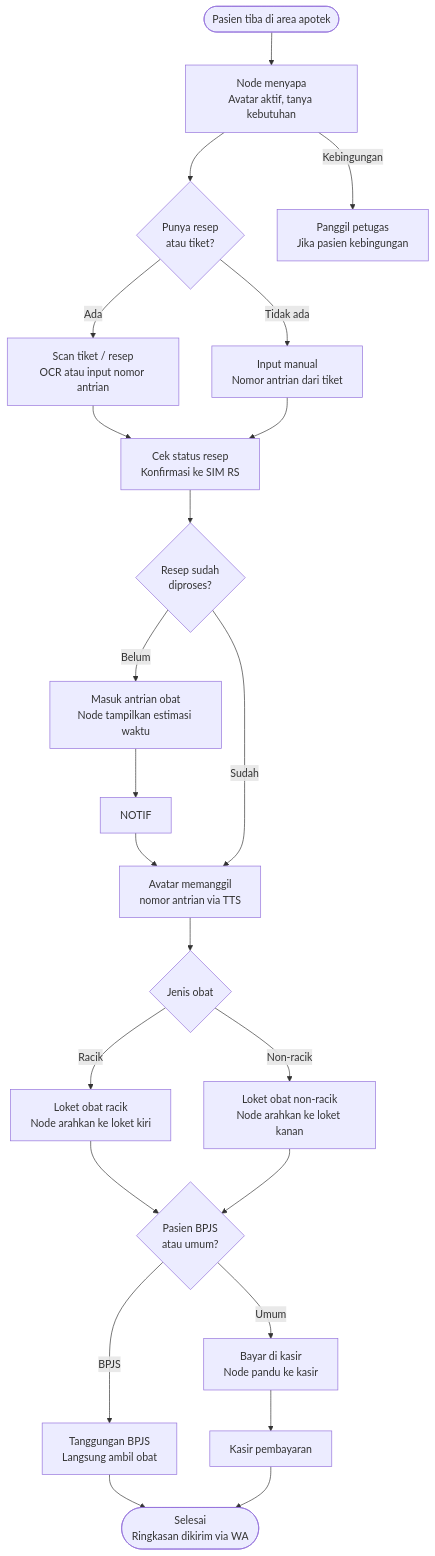
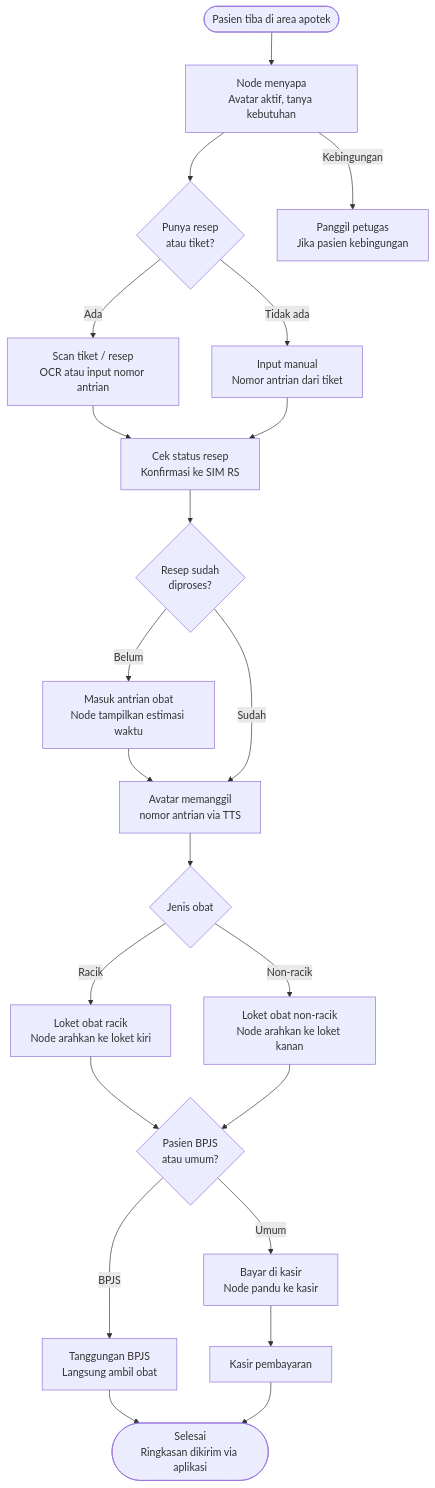
Before and after one commit to Maaulln/RSI: the first of 3 diagrams in Notes/PRD.md, drawn with Mermaid. The commit also changed other lines of this file, not shown here.

````diff
--- a/Notes/PRD.md
+++ b/Notes/PRD.md
@@ -299,37 +333,37 @@
 ```mermaid
 flowchart TD
     START(["Pasien tiba di area apotek"])
     NAV["Node menyapa\nAvatar aktif, tanya kebutuhan"]
     Q1{"Punya resep\natau tiket?"}
     SCAN["Scan tiket / resep\nOCR atau input nomor antrian"]
     MANUAL["Input manual\nNomor antrian dari tiket"]
     CHECK["Cek status resep\nKonfirmasi ke SIM RS"]
     Q2{"Resep sudah\ndiproses?"}
     WAIT["Masuk antrian obat\nNode tampilkan estimasi waktu"]
     CALL["Avatar memanggil\nnomor antrian via TTS"]
     Q3{"Jenis obat"}
     RACIK["Loket obat racik\nNode arahkan ke loket kiri"]
     NONRACIK["Loket obat non-racik\nNode arahkan ke loket kanan"]
     Q4{"Pasien BPJS\natau umum?"}
     BPJS["Tanggungan BPJS\nLangsung ambil obat"]
     UMUM["Bayar di kasir\nNode pandu ke kasir"]
     KASIR["Kasir pembayaran"]
-    DONE(["Selesai\nRingkasan dikirim via WA"])
+    DONE(["Selesai\nRingkasan dikirim via aplikasi"])
     HELP["Panggil petugas\nJika pasien kebingungan"]
 
     START --> NAV
     NAV --> Q1
     Q1 -- Ada --> SCAN
     Q1 -- Tidak ada --> MANUAL
     SCAN & MANUAL --> CHECK
     CHECK --> Q2
-    Q2 -- Belum --> WAIT --> NOTIF --> CALL
+    Q2 -- Belum --> WAIT --> CALL
     Q2 -- Sudah --> CALL
     CALL --> Q3
     Q3 -- Racik --> RACIK
     Q3 -- Non-racik --> NONRACIK
     RACIK & NONRACIK --> Q4
     Q4 -- BPJS --> BPJS --> DONE
     Q4 -- Umum --> UMUM --> KASIR --> DONE
     NAV -- Kebingungan --> HELP
 ```
````
